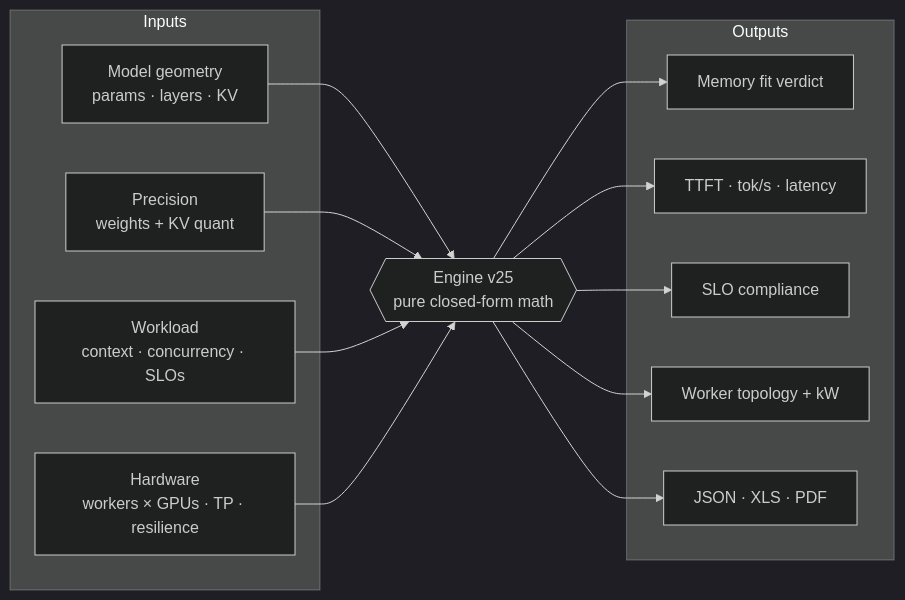
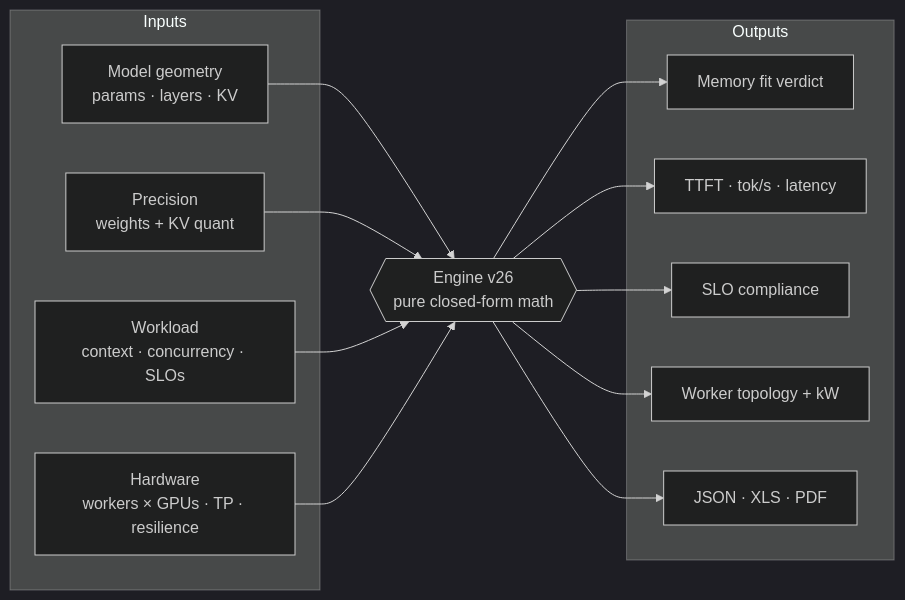
One commit to mahmoudyassine/gpu-scale-tool changed the diagram in README.md. Above: the diagram before and after it, drawn with Mermaid (dark theme). The commit also changed other lines of this file and 12 other files, not shown here.

````diff
--- a/README.md
+++ b/README.md
@@ -71,26 +71,26 @@
 ```mermaid
 flowchart LR
     subgraph Inputs
         M[Model geometry<br>params · layers · KV]
         P[Precision<br>weights + KV quant]
         W[Workload<br>context · concurrency · SLOs]
         H[Hardware<br>workers × GPUs · TP · resilience]
     end
-    E{{Engine v25<br>pure closed-form math}}
+    E{{Engine v26<br>pure closed-form math}}
     subgraph Outputs
         F[Memory fit verdict]
         K[TTFT · tok/s · latency]
         S[SLO compliance]
         T[Worker topology + kW]
         X[JSON · XLS · PDF]
     end
     M --> E
     P --> E
     W --> E
     H --> E
     E --> F
     E --> K
     E --> S
     E --> T
     E --> X
 ```
````
